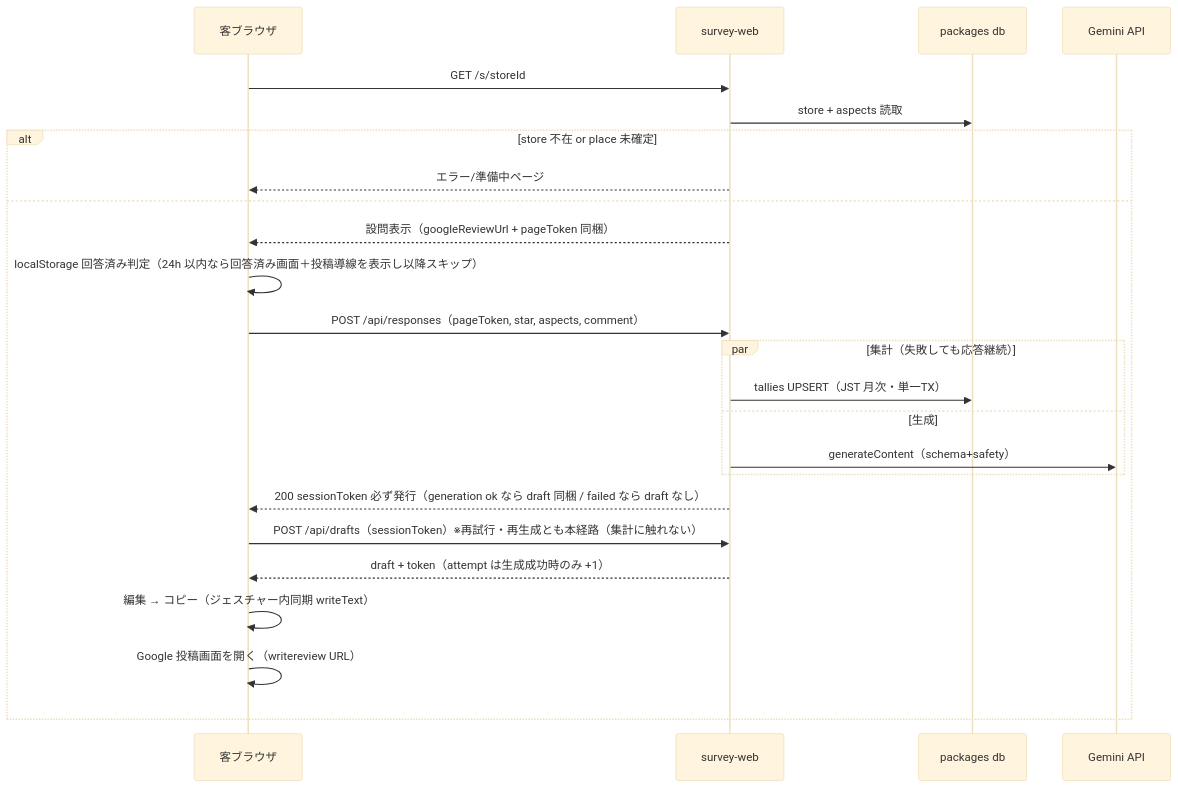
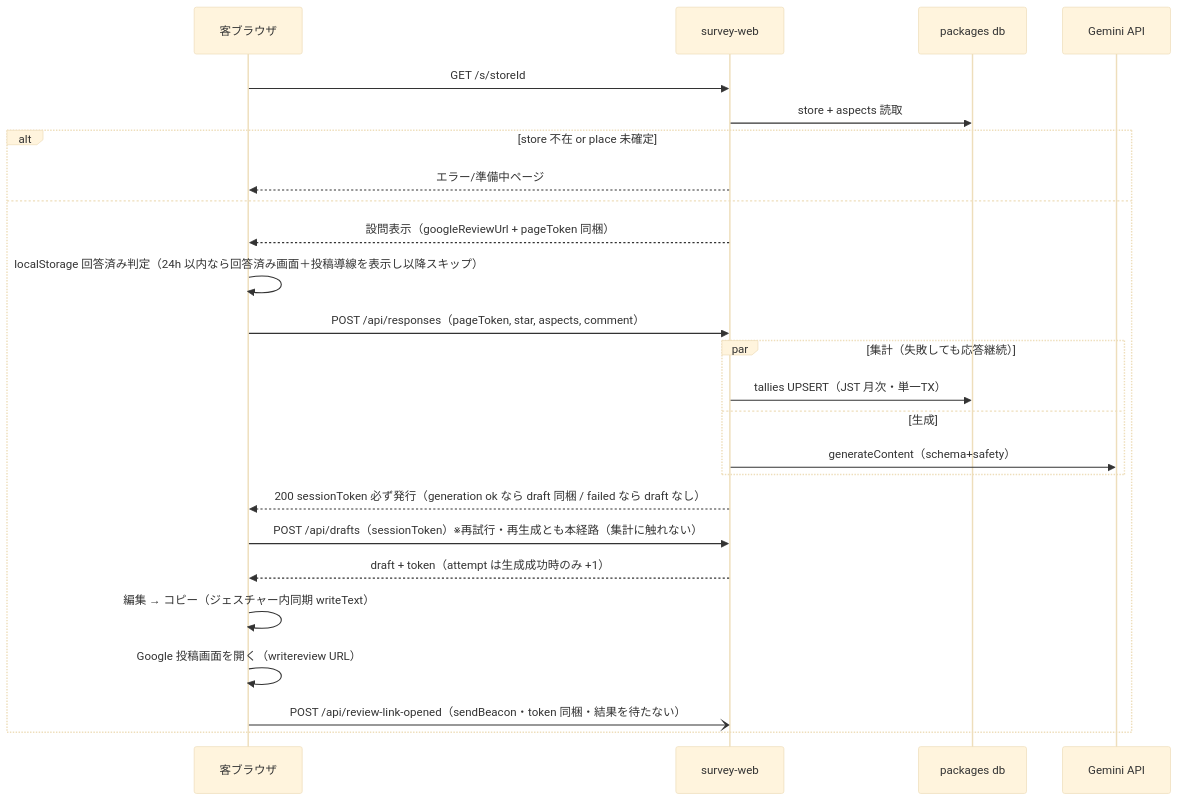
Before and after one commit to ManatoYamashita/fw-line-meo: the second of 2 diagrams in .kiro/specs/review-acquisition/design.md, drawn with Mermaid (base theme). The commit also changed other lines of this file and 2 other files, not shown here.

````diff
--- a/.kiro/specs/review-acquisition/design.md
+++ b/.kiro/specs/review-acquisition/design.md
@@ -164,26 +167,27 @@
 ```mermaid
 sequenceDiagram
     participant C as 客ブラウザ
     participant S as survey-web
     participant D as packages db
     participant G as Gemini API
     C->>S: GET /s/storeId
     S->>D: store + aspects 読取
     alt store 不在 or place 未確定
         S-->>C: エラー/準備中ページ
     else
         S-->>C: 設問表示（googleReviewUrl + pageToken 同梱）
         C->>C: localStorage 回答済み判定（24h 以内なら回答済み画面＋投稿導線を表示し以降スキップ）
         C->>S: POST /api/responses（pageToken, star, aspects, comment）
         par 集計（失敗しても応答継続）
             S->>D: tallies UPSERT（JST 月次・単一TX）
         and 生成
             S->>G: generateContent（schema+safety）
         end
         S-->>C: 200 sessionToken 必ず発行（generation ok なら draft 同梱 / failed なら draft なし）
         C->>S: POST /api/drafts（sessionToken）※再試行・再生成とも本経路（集計に触れない）
         S-->>C: draft + token（attempt は生成成功時のみ +1）
         C->>C: 編集 → コピー（ジェスチャー内同期 writeText）
         C->>C: Google 投稿画面を開く（writereview URL）
+        C-)S: POST /api/review-link-opened（sendBeacon・token 同梱・結果を待たない）
     end
 ```
````
